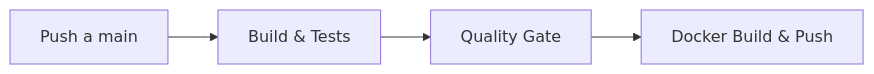
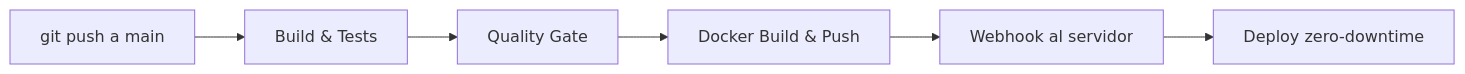
Before and after one commit to obiticadev/DAM-2025-26: the first of 2 diagrams in Programación/Aprendizaje autodidacta/11_APIRESTMasterclass/teoria/23_CI_CD_Calidad.md, drawn with Mermaid. The commit also changed other lines of this file and 74 other files, not shown here.

````diff
--- a/Programación/Aprendizaje autodidacta/11_APIRESTMasterclass/teoria/23_CI_CD_Calidad.md
+++ b/Programación/Aprendizaje autodidacta/11_APIRESTMasterclass/teoria/23_CI_CD_Calidad.md
@@ -39,6 +26,8 @@
 ```mermaid
 flowchart LR
-    P[Push a main] --> B[Build & Tests]
+    P[git push a main] --> B[Build & Tests]
     B --> Q[Quality Gate]
     Q --> D[Docker Build & Push]
+    D --> W[Webhook al servidor]
+    W --> R[Deploy zero-downtime]
 ```
````
